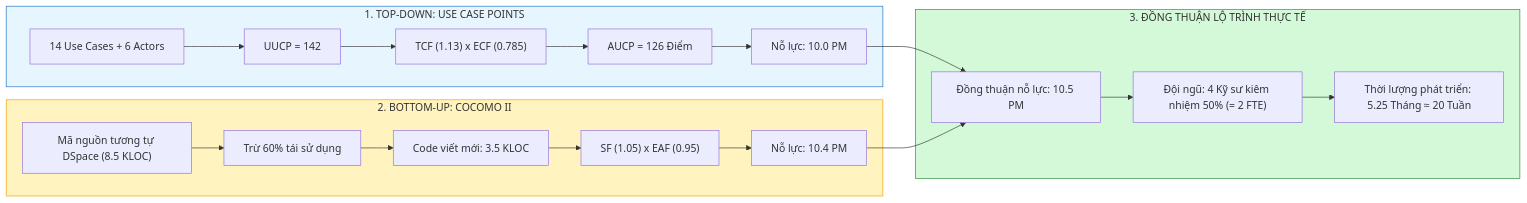
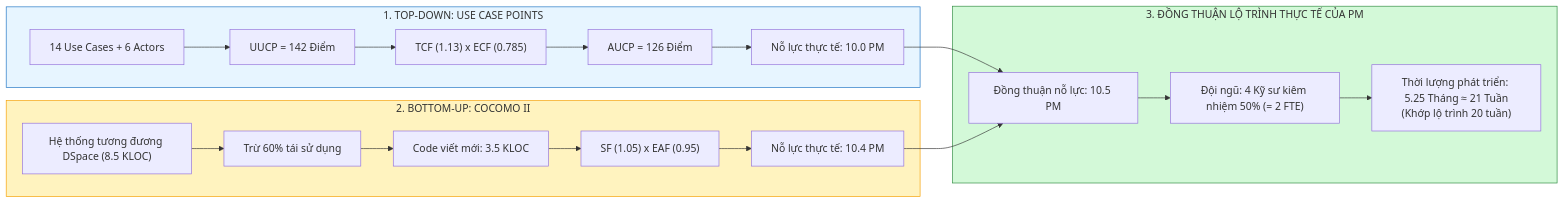
One commit to se-bros/hcmus-projectmanage--lab changed the second of 3 diagrams in final-exam/preparation/4_Estimation_Planning_Process/README.md. Above: the diagram before and after it, drawn with Mermaid. The commit also changed other lines of this file, not shown here.

````diff
--- a/final-exam/preparation/4_Estimation_Planning_Process/README.md
+++ b/final-exam/preparation/4_Estimation_Planning_Process/README.md
@@ -198,26 +194,26 @@
 ```mermaid
 flowchart LR
     subgraph TOPDOWN["1. TOP-DOWN: USE CASE POINTS"]
-        A["14 Use Cases + 6 Actors"] --> B["UUCP = 142"]
+        A["14 Use Cases + 6 Actors"] --> B["UUCP = 142 Điểm"]
         B --> C["TCF (1.13) x ECF (0.785)"]
         C --> D["AUCP = 126 Điểm"]
-        D --> E["Nỗ lực: 10.0 PM"]
+        D --> E["Nỗ lực thực tế: 10.0 PM"]
     end
 
     subgraph BOTTOMUP["2. BOTTOM-UP: COCOMO II"]
-        F["Mã nguồn tương tự DSpace (8.5 KLOC)"] --> G["Trừ 60% tái sử dụng"]
+        F["Hệ thống tương đương DSpace (8.5 KLOC)"] --> G["Trừ 60% tái sử dụng"]
         G --> H["Code viết mới: 3.5 KLOC"]
         H --> I["SF (1.05) x EAF (0.95)"]
-        I --> J["Nỗ lực: 10.4 PM"]
+        I --> J["Nỗ lực thực tế: 10.4 PM"]
     end
 
-    subgraph SYNC["3. ĐỒNG THUẬN LỘ TRÌNH THỰC TẾ"]
+    subgraph SYNC["3. ĐỒNG THUẬN LỘ TRÌNH THỰC TẾ CỦA PM"]
         E & J --> K["Đồng thuận nỗ lực: 10.5 PM"]
         K --> L["Đội ngũ: 4 Kỹ sư kiêm nhiệm 50% (= 2 FTE)"]
-        L --> M["Thời lượng phát triển: 5.25 Tháng ≈ 20 Tuần"]
+        L --> M["Thời lượng phát triển: 5.25 Tháng ≈ 21 Tuần\n(Khớp lộ trình 20 tuần)"]
     end
 
     style TOPDOWN fill:#e7f5ff,stroke:#1971c2
     style BOTTOMUP fill:#fff3bf,stroke:#f59f00
     style SYNC fill:#d3f9d8,stroke:#2b8a3e
 ```
````
